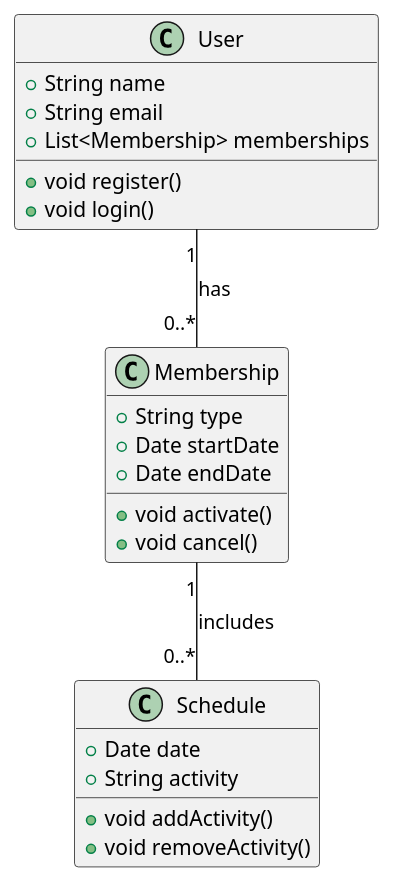
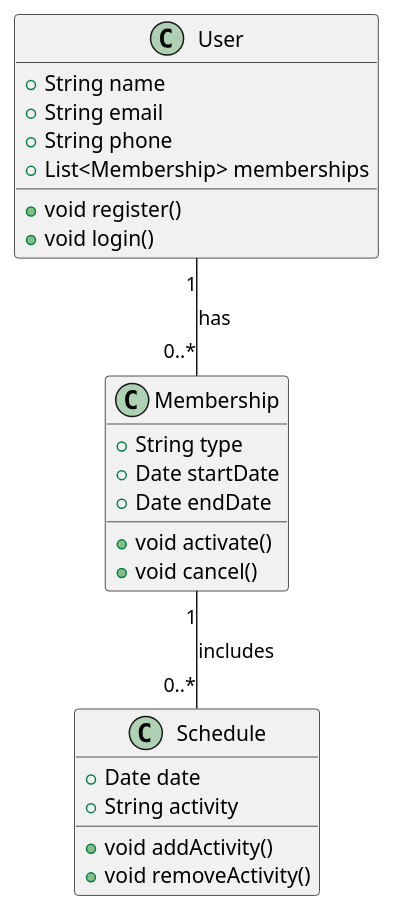
Before and after one commit to ovsergeyev/fitLife: the diagram in diagrams/code/FitLife_Code_Membership.puml, drawn with PlantUML.

Commit message:
add phone to User

```diff
--- a/diagrams/code/FitLife_Code_Membership.puml
+++ b/diagrams/code/FitLife_Code_Membership.puml
@@ -1,27 +1,28 @@
 @startuml
 class User {
   +String name
   +String email
+  +String phone
   +List<Membership> memberships
   +void register()
   +void login()
 }
 
 class Membership {
   +String type
   +Date startDate
   +Date endDate
   +void activate()
   +void cancel()
 }
 
 class Schedule {
   +Date date
   +String activity
   +void addActivity()
   +void removeActivity()
 }
 
 User "1" -- "0..*" Membership : has
 Membership "1" -- "0..*" Schedule : includes
 @enduml
```
